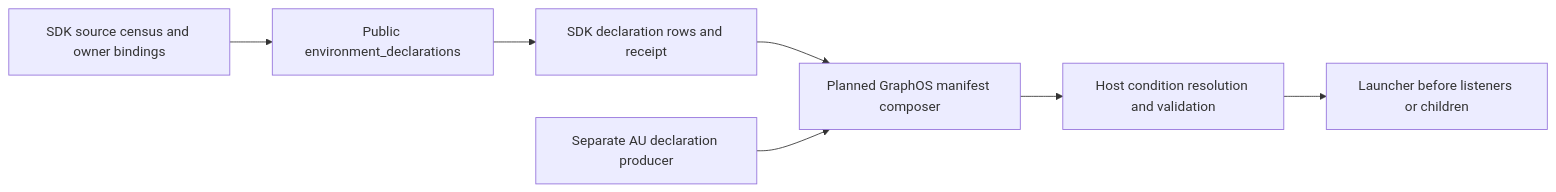
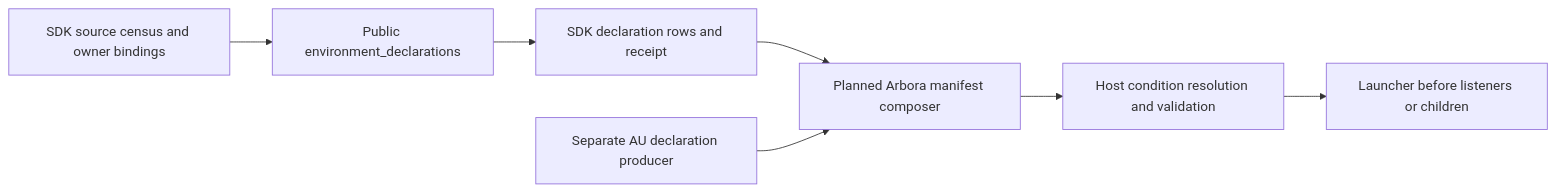
The first of 2 diagrams in specs/SDK-CONNECTOR-CONTROL/plan.md (Knuckles-Team/agent-connector-sdk), drawn with Mermaid before and after one commit. The commit also changed other lines of this file and 43 other files, not shown here.

First line of the commit message:
chore: rename graph-os terminology to arbora

````diff
--- a/specs/SDK-CONNECTOR-CONTROL/plan.md
+++ b/specs/SDK-CONNECTOR-CONTROL/plan.md
@@ -385,9 +385,9 @@
 ```mermaid
 flowchart LR
   S[SDK source census and owner bindings] --> E[Public environment_declarations]
   E --> D[SDK declaration rows and receipt]
-  D --> H[Planned GraphOS manifest composer]
+  D --> H[Planned Arbora manifest composer]
   A[Separate AU declaration producer] --> H
   H --> V[Host condition resolution and validation]
   V --> L[Launcher before listeners or children]
 ```
````
